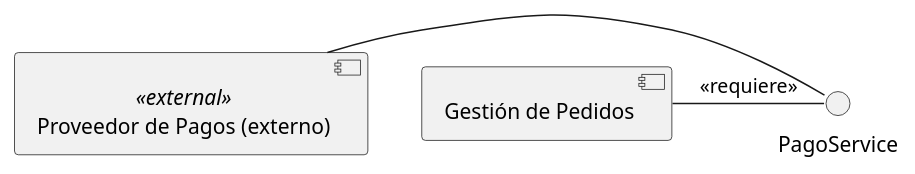
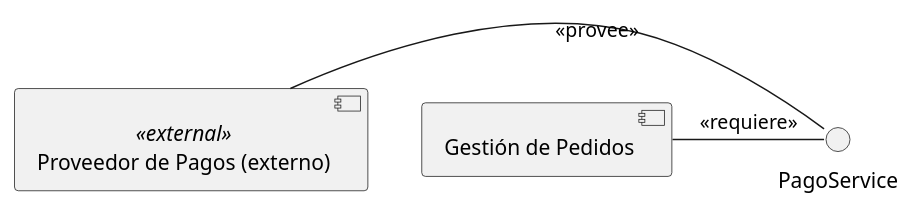
One commit to pepesan/enterprise-architect-avanzado-uml changed the diagram in doc/02_componentes/plantuml/04_componente_externo.puml. Above: the diagram before and after it, drawn with PlantUML. The commit also changed 5 other files, not shown here.

Commit message:
mejorados ejercicios de diagramas de componentes

```diff
--- a/doc/02_componentes/plantuml/04_componente_externo.puml
+++ b/doc/02_componentes/plantuml/04_componente_externo.puml
@@ -1,15 +1,16 @@
 @startuml
 ' Componentes internos del sistema
 component "Gestión de Pedidos" as Pedidos
 
 
 ' Componente externo (ej. pasarela de pagos)
 component "Proveedor de Pagos (externo)" as Pago <<external>>
 
 ' Interfaz proporcionada por el proveedor
 interface PagoService
-Pago - PagoService
+
+Pago - PagoService: <<provee>>
 
 ' Gestión de Pedidos requiere la interfaz de pago
 Pedidos - PagoService : <<requiere>>
 @enduml
```
